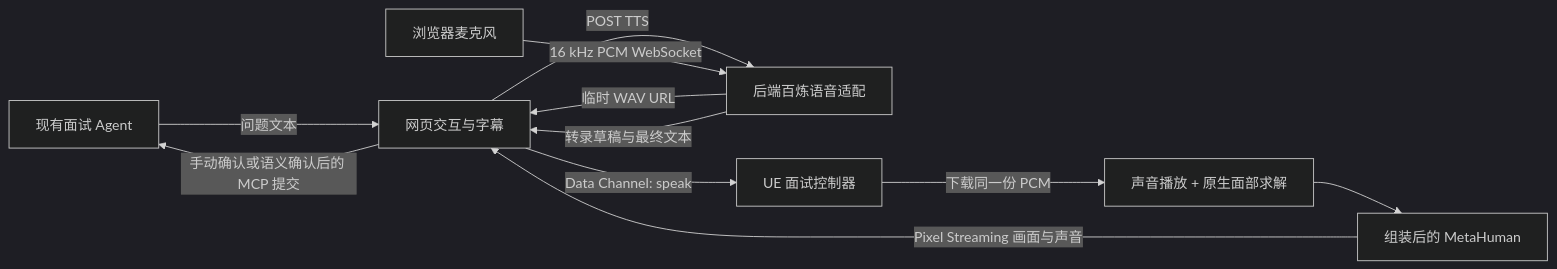
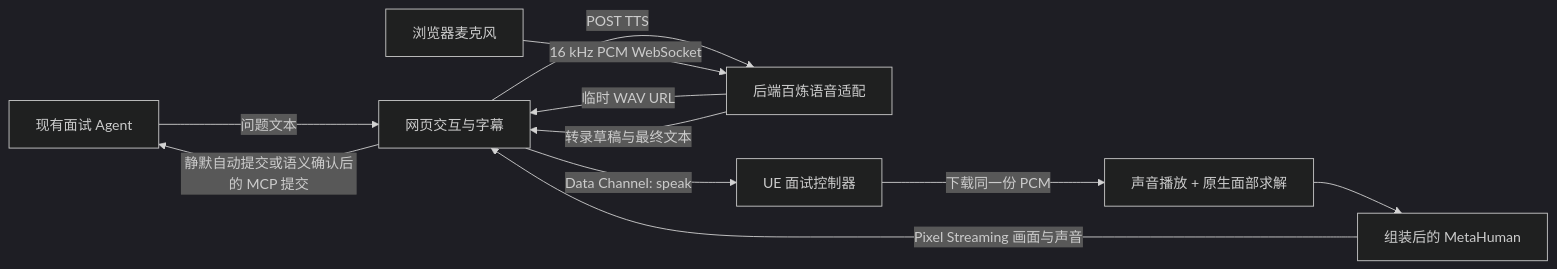
One commit to Fujizzz/AiInterviewer changed the diagram in docs/guides/DIGITAL_HUMAN_SETUP.md. Above: the diagram before and after it, drawn with Mermaid (dark theme). The commit also changed other lines of this file and 22 other files, not shown here.

````diff
--- a/docs/guides/DIGITAL_HUMAN_SETUP.md
+++ b/docs/guides/DIGITAL_HUMAN_SETUP.md
@@ -21,13 +21,13 @@
 ```mermaid
 flowchart LR
     Agent[现有面试 Agent] -->|问题文本| Page[网页交互与字幕]
     Page -->|POST TTS| Speech[后端百炼语音适配]
     Speech -->|临时 WAV URL| Page
     Page -->|Data Channel: speak| UE[UE 面试控制器]
     UE -->|下载同一份 PCM| Audio[声音播放 + 原生面部求解]
     Audio --> Avatar[组装后的 MetaHuman]
     Avatar -->|Pixel Streaming 画面与声音| Page
     Mic[浏览器麦克风] -->|16 kHz PCM WebSocket| Speech
     Speech -->|转录草稿与最终文本| Page
-    Page -->|手动确认或语义确认后的 MCP 提交| Agent
+    Page -->|静默自动提交或语义确认后的 MCP 提交| Agent
 ```
````
